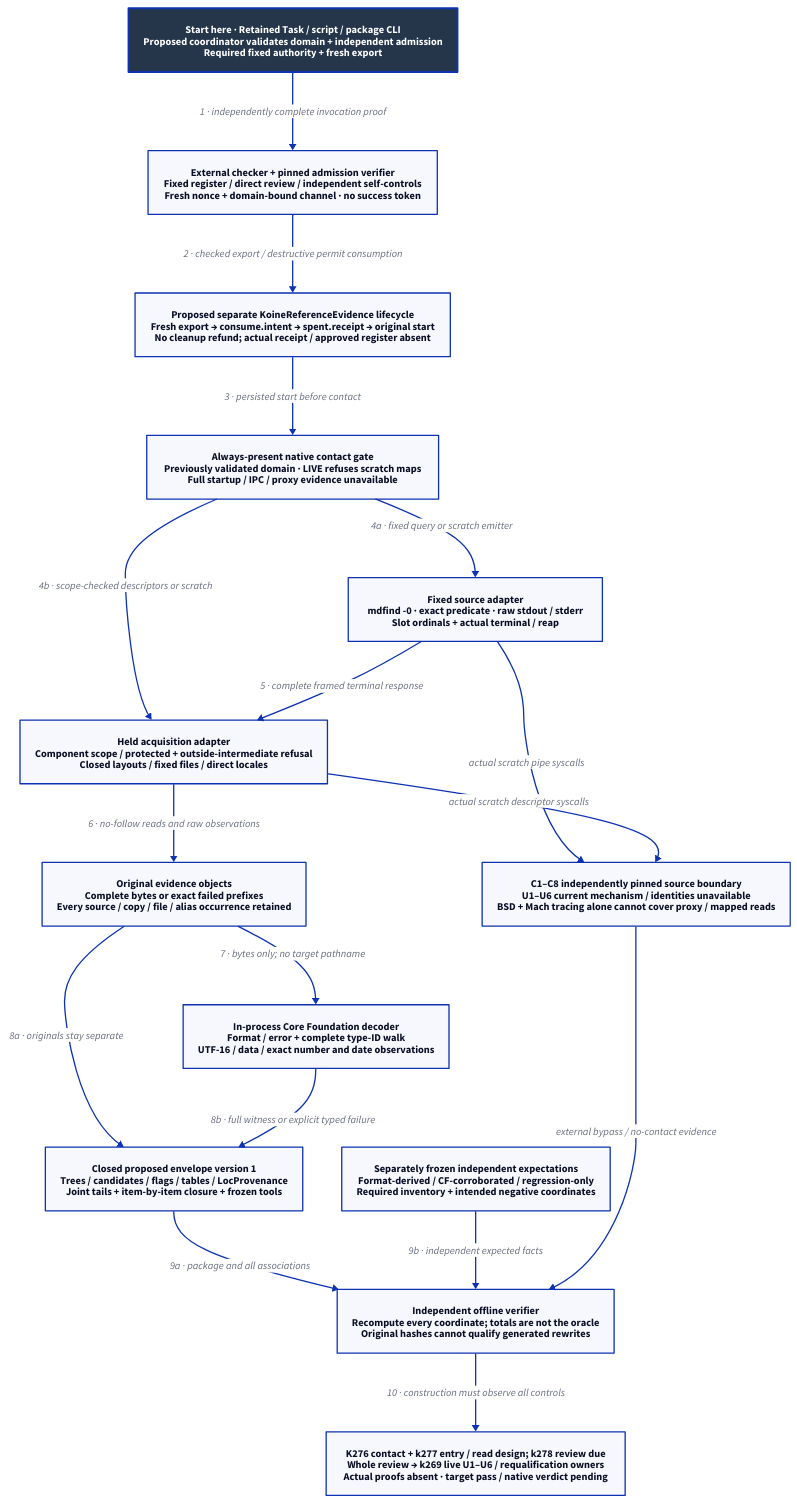
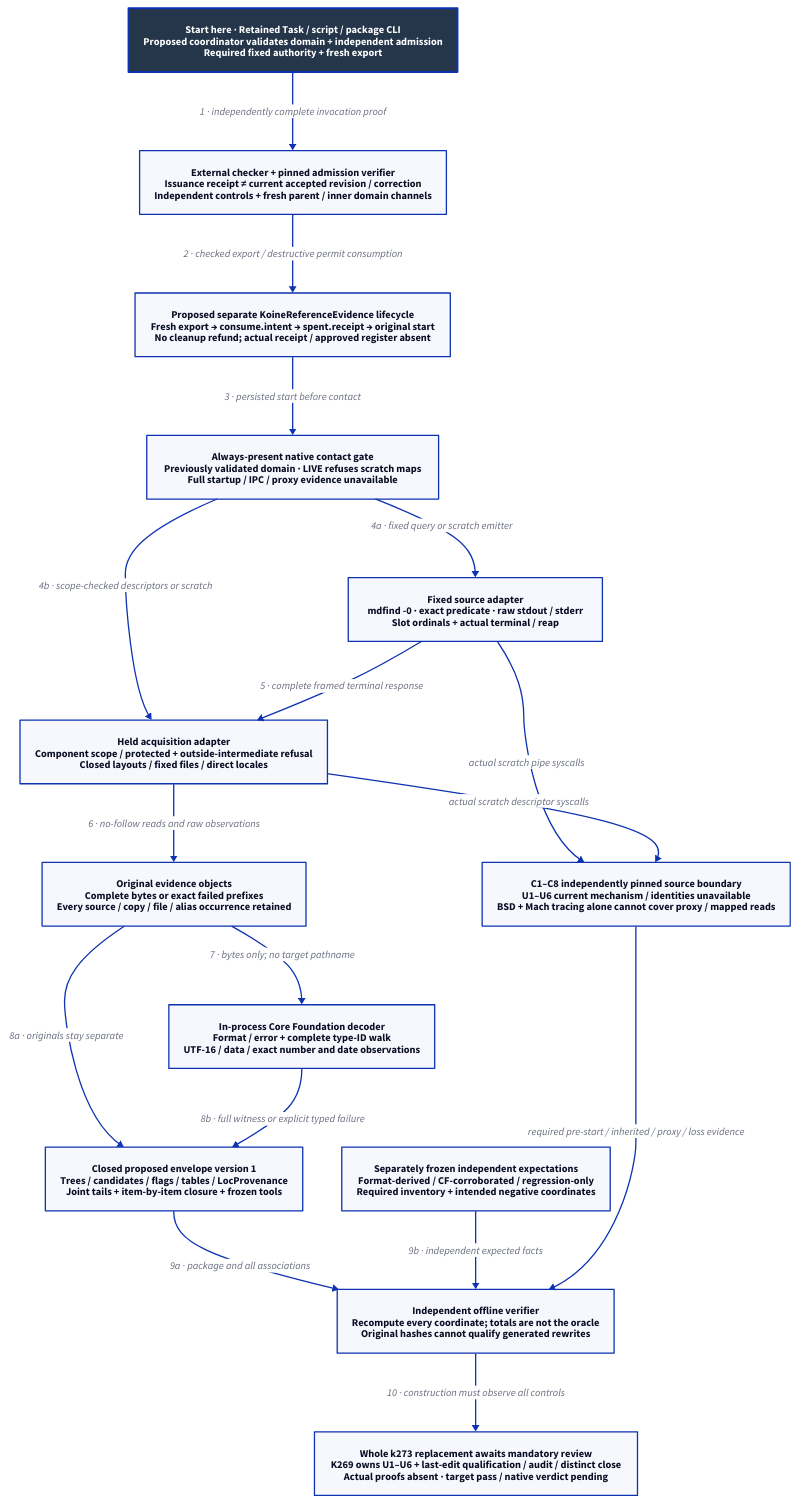
One commit to Linkuistics/Koine changed the diagram in docs/design/architecture/native-reference-instrument.d2. Above: the diagram before and after it, drawn with D2. The commit also changed 48 other files, not shown here.

Commit message:
Reconcile complete reference admission design (reference-evidence-admission-reconciliation-k278, reference-evidence-admission-repair-k273)

```diff
--- a/docs/design/architecture/native-reference-instrument.d2
+++ b/docs/design/architecture/native-reference-instrument.d2
@@ -1,34 +1,34 @@
 # Proposed evidence-tool components; none is implemented or qualified by this design.
 direction: down
 classes: {
   start: {style: {fill: "#25364B"; font-color: "#FFFFFF"; bold: true; stroke-width: 3}}
 }
 Start: "Start here · Retained Task / script / package CLI\nProposed coordinator validates domain + independent admission\nRequired fixed authority + fresh export" {class: start}
-Admission: "External checker + pinned admission verifier\nFixed register / direct review / independent self-controls\nFresh nonce + domain-bound channel · no success token"
+Admission: "External checker + pinned admission verifier\nIssuance receipt ≠ current accepted revision / correction\nIndependent controls + fresh parent / inner domain channels"
 Authority: "Proposed separate KoineReferenceEvidence lifecycle\nFresh export → consume.intent → spent.receipt → original start\nNo cleanup refund; actual receipt / approved register absent"
 Gate: "Always-present native contact gate\nPreviously validated domain · LIVE refuses scratch maps\nFull startup / IPC / proxy evidence unavailable"
 Source: "Fixed source adapter\nmdfind -0 · exact predicate · raw stdout / stderr\nSlot ordinals + actual terminal / reap"
 Held: "Held acquisition adapter\nComponent scope / protected + outside-intermediate refusal\nClosed layouts / fixed files / direct locales"
 Objects: "Original evidence objects\nComplete bytes or exact failed prefixes\nEvery source / copy / file / alias occurrence retained"
 Decoder: "In-process Core Foundation decoder\nFormat / error + complete type-ID walk\nUTF-16 / data / exact number and date observations"
 Envelope: "Closed proposed envelope version 1\nTrees / candidates / flags / tables / LocProvenance\nJoint tails + item-by-item closure + frozen tools"
 Oracle: "Separately frozen independent expectations\nFormat-derived / CF-corroborated / regression-only\nRequired inventory + intended negative coordinates"
 Observer: "C1–C8 independently pinned source boundary\nU1–U6 current mechanism / identities unavailable\nBSD + Mach tracing alone cannot cover proxy / mapped reads"
 Verifier: "Independent offline verifier\nRecompute every coordinate; totals are not the oracle\nOriginal hashes cannot qualify generated rewrites"
-Boundary: "K276 contact + k277 entry / read design; k278 review due\nWhole review → k269 live U1–U6 / requalification owners\nActual proofs absent · target pass / native verdict pending"
+Boundary: "Whole k273 replacement awaits mandatory review\nK269 owns U1–U6 + last-edit qualification / audit / distinct close\nActual proofs absent · target pass / native verdict pending"
 Start -> Admission: "1 · independently complete invocation proof"
 Admission -> Authority: "2 · checked export / destructive permit consumption"
 Authority -> Gate: "3 · persisted start before contact"
 Gate -> Source: "4a · fixed query or scratch emitter"
 Gate -> Held: "4b · scope-checked descriptors or scratch"
 Source -> Held: "5 · complete framed terminal response"
 Held -> Objects: "6 · no-follow reads and raw observations"
 Objects -> Decoder: "7 · bytes only; no target pathname"
 Objects -> Envelope: "8a · originals stay separate"
 Decoder -> Envelope: "8b · full witness or explicit typed failure"
 Envelope -> Verifier: "9a · package and all associations"
 Oracle -> Verifier: "9b · independent expected facts"
 Source -> Observer: "actual scratch pipe syscalls"
 Held -> Observer: "actual scratch descriptor syscalls"
-Observer -> Verifier: "external bypass / no-contact evidence"
+Observer -> Verifier: "required pre-start / inherited / proxy / loss evidence"
 Verifier -> Boundary: "10 · construction must observe all controls"
```
